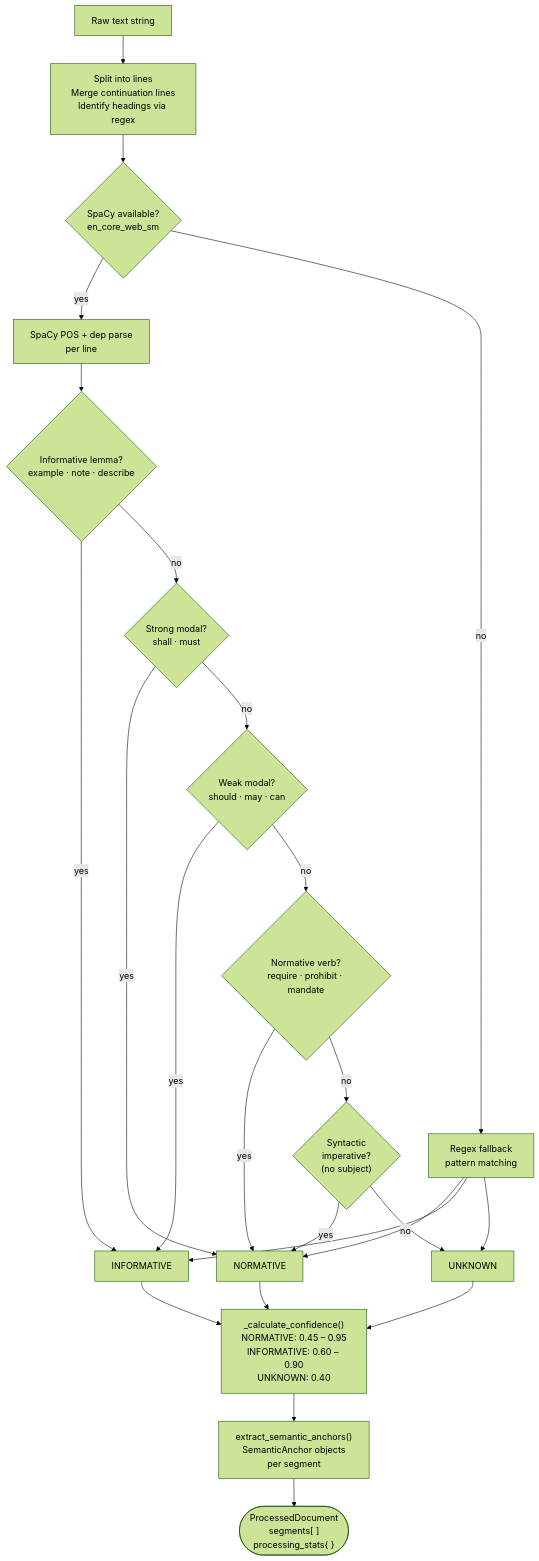
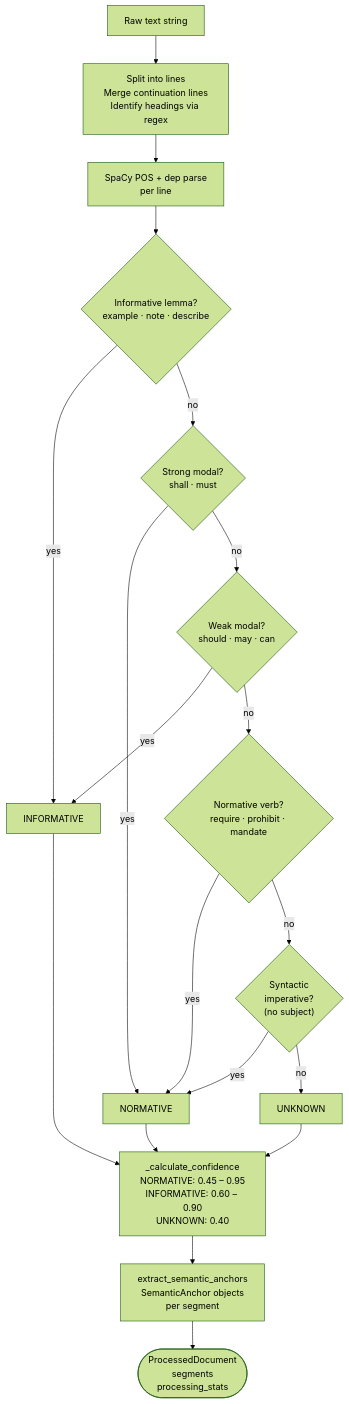
Before and after one commit to asa-holland/csuf-clarus: the first of 12 diagrams in analysis.md, drawn with Mermaid (forest theme). The commit also changed other lines of this file, not shown here.

````diff
--- a/analysis.md
+++ b/analysis.md
@@ -6,44 +6,39 @@
 ```mermaid
 flowchart TD
     RAW["Raw text string"]
 
     SPLIT["Split into lines\nMerge continuation lines\nIdentify headings via regex"]
 
-    NLP{"SpaCy available?\nen_core_web_sm"}
 
     SPACY["SpaCy POS + dep parse\nper line"]
-    REGEX["Regex fallback\npattern matching"]
 
     MODAL_STRONG{"Strong modal?\nshall · must"}
     MODAL_WEAK{"Weak modal?\nshould · may · can"}
     LEMMA{"Informative lemma?\nexample · note · describe"}
     VERB{"Normative verb?\nrequire · prohibit · mandate"}
     IMPERATIVE{"Syntactic\nimperative?\n(no subject)"}
 
     NORM["NORMATIVE"]
     INFO["INFORMATIVE"]
     UNK["UNKNOWN"]
 
-    CONF["_calculate_confidence()\nNORMATIVE: 0.45 – 0.95\nINFORMATIVE: 0.60 – 0.90\nUNKNOWN: 0.40"]
+    CONF["_calculate_confidence\nNORMATIVE: 0.45 – 0.95\nINFORMATIVE: 0.60 – 0.90\nUNKNOWN: 0.40"]
 
-    ANCHORS["extract_semantic_anchors()\nSemanticAnchor objects\nper segment"]
+    ANCHORS["extract_semantic_anchors\nSemanticAnchor objects\nper segment"]
 
-    OUT(["ProcessedDocument\nsegments[ ]\nprocessing_stats{ }"])
+    OUT(["ProcessedDocument\nsegments\nprocessing_stats"])
 
-    RAW --> SPLIT --> NLP
-    NLP -->|yes| SPACY
-    NLP -->|no| REGEX
+    RAW --> SPLIT --> SPACY
     SPACY --> LEMMA
     LEMMA -->|yes| INFO
     LEMMA -->|no| MODAL_STRONG
     MODAL_STRONG -->|yes| NORM
     MODAL_STRONG -->|no| MODAL_WEAK
     MODAL_WEAK -->|yes| INFO
     MODAL_WEAK -->|no| VERB
     VERB -->|yes| NORM
     VERB -->|no| IMPERATIVE
     IMPERATIVE -->|yes| NORM
     IMPERATIVE -->|no| UNK
-    REGEX --> NORM & INFO & UNK
     NORM & INFO & UNK --> CONF --> ANCHORS --> OUT
 ```
````
